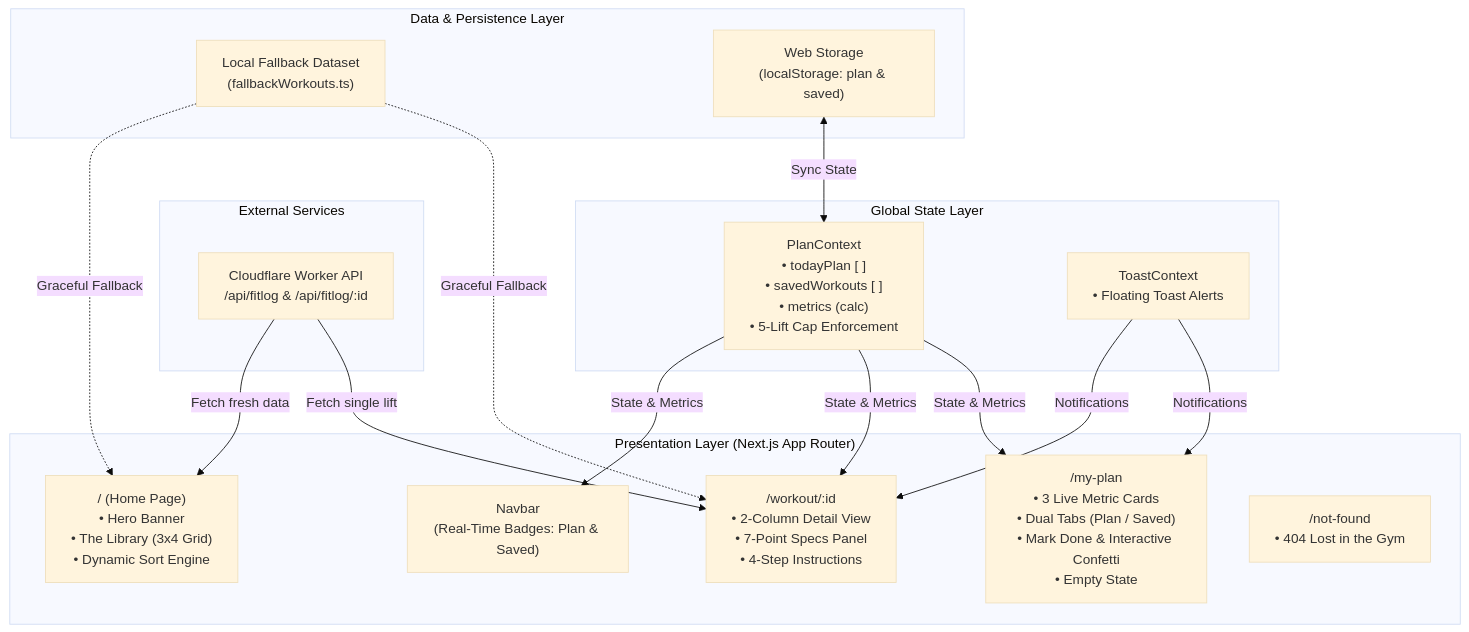
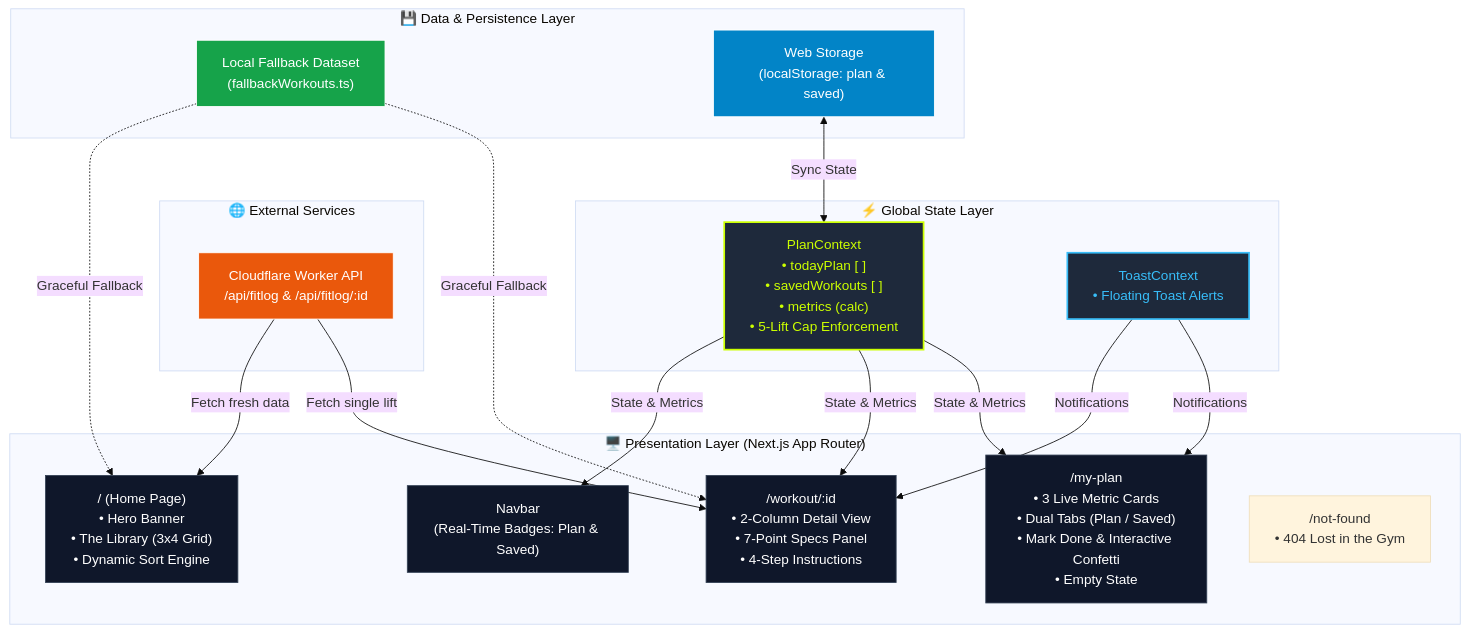
Before and after one commit to mahfuzhasan2700/Assignment-6: the diagram in README.md, drawn with Mermaid (base theme). The commit also changed other lines of this file and 8 other files, not shown here.

````diff
--- a/README.md
+++ b/README.md
@@ -151,35 +184,45 @@
 ```mermaid
 flowchart TD
-    subgraph Remote["External Services"]
+    subgraph Remote["🌐 External Services"]
         API["Cloudflare Worker API<br/>/api/fitlog & /api/fitlog/:id"]
     end
 
-    subgraph DataLayer["Data & Persistence Layer"]
+    subgraph DataLayer["💾 Data & Persistence Layer"]
         Fallback["Local Fallback Dataset<br/>(fallbackWorkouts.ts)"]
         LocalStorage["Web Storage<br/>(localStorage: plan & saved)"]
     end
 
-    subgraph StateManagement["Global State Layer"]
+    subgraph StateManagement["⚡ Global State Layer"]
         PlanCtx["PlanContext<br/>• todayPlan [ ]<br/>• savedWorkouts [ ]<br/>• metrics (calc)<br/>• 5-Lift Cap Enforcement"]
         ToastCtx["ToastContext<br/>• Floating Toast Alerts"]
     end
 
-    subgraph UIComponents["Presentation Layer (Next.js App Router)"]
+    subgraph UIComponents["🖥️ Presentation Layer (Next.js App Router)"]
         Nav["Navbar<br/>(Real-Time Badges: Plan & Saved)"]
         Home["/ (Home Page)<br/>• Hero Banner<br/>• The Library (3x4 Grid)<br/>• Dynamic Sort Engine"]
         Detail["/workout/:id<br/>• 2-Column Detail View<br/>• 7-Point Specs Panel<br/>• 4-Step Instructions"]
         MyPlan["/my-plan<br/>• 3 Live Metric Cards<br/>• Dual Tabs (Plan / Saved)<br/>• Mark Done & Interactive Confetti<br/>• Empty State"]
         NotFound["/not-found<br/>• 404 Lost in the Gym"]
     end
 
     API -->|Fetch fresh data| Home
     API -->|Fetch single lift| Detail
     Fallback -.->|Graceful Fallback| Home
     Fallback -.->|Graceful Fallback| Detail
     LocalStorage <-->|Sync State| PlanCtx
     PlanCtx -->|State & Metrics| Nav
     PlanCtx -->|State & Metrics| Detail
     PlanCtx -->|State & Metrics| MyPlan
     ToastCtx -->|Notifications| Detail
     ToastCtx -->|Notifications| MyPlan
+
+    style API fill:#ea580c,stroke:#fff,color:#fff
+    style Fallback fill:#16a34a,stroke:#fff,color:#fff
+    style LocalStorage fill:#0284c7,stroke:#fff,color:#fff
+    style PlanCtx fill:#1e293b,stroke:#ccff00,color:#ccff00,stroke-width:2px
+    style ToastCtx fill:#1e293b,stroke:#38bdf8,color:#38bdf8,stroke-width:2px
+    style Home fill:#0f172a,stroke:#334155,color:#fff
+    style Detail fill:#0f172a,stroke:#334155,color:#fff
+    style MyPlan fill:#0f172a,stroke:#334155,color:#fff
+    style Nav fill:#0f172a,stroke:#334155,color:#fff
 ```
````
